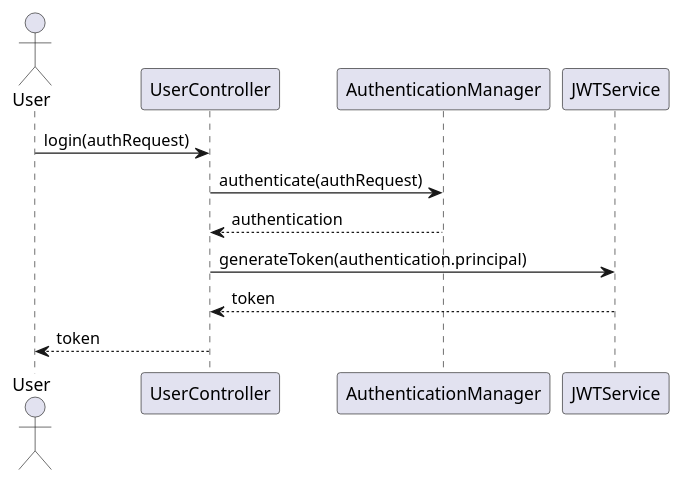
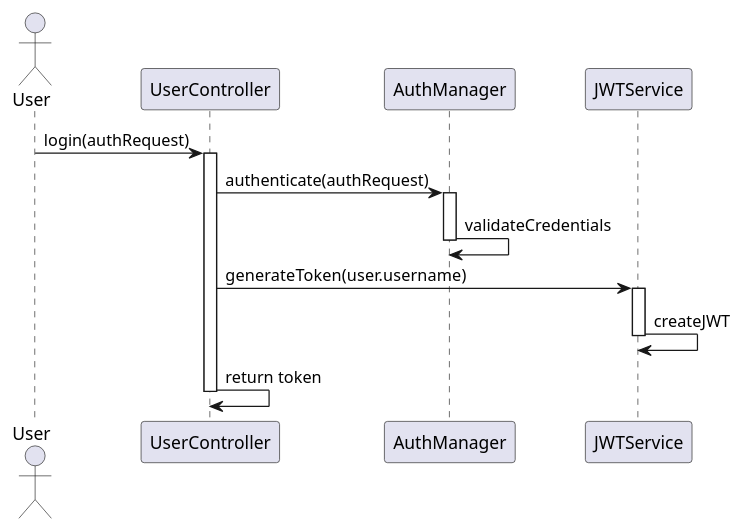
The second of 6 diagrams in identityprovider/documentation/detaileddesign.adoc (Dinesh-s95/AutoDoc.ai), drawn with PlantUML before and after one commit. The commit also changed other lines of this file and 4 other files, not shown here.

````diff
--- a/identityprovider/documentation/detaileddesign.adoc
+++ b/identityprovider/documentation/detaileddesign.adoc
@@ -286,15 +339,25 @@
-```plantuml
+[plantuml, "login-sequence", png]
+----
 @startuml
 actor User
 participant UserController
-participant AuthenticationManager
+participant AuthManager
 participant JWTService
 
 User -> UserController : login(authRequest)
-UserController -> AuthenticationManager : authenticate(authRequest)
-AuthenticationManager --> UserController : authentication
-UserController -> JWTService : generateToken(authentication.principal)
-JWTService --> UserController : token
-UserController --> User : token
+activate UserController
+
+UserController -> AuthManager : authenticate(authRequest)
+activate AuthManager
+AuthManager -> AuthManager : validateCredentials
+deactivate AuthManager
+
+UserController -> JWTService : generateToken(user.username)
+activate JWTService
+JWTService -> JWTService : createJWT
+deactivate JWTService
+
+UserController -> UserController : return token
+deactivate UserController
 @enduml
-```
+----
````
